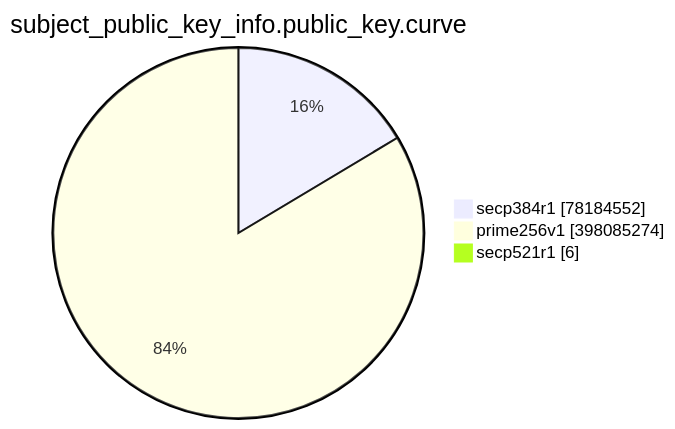
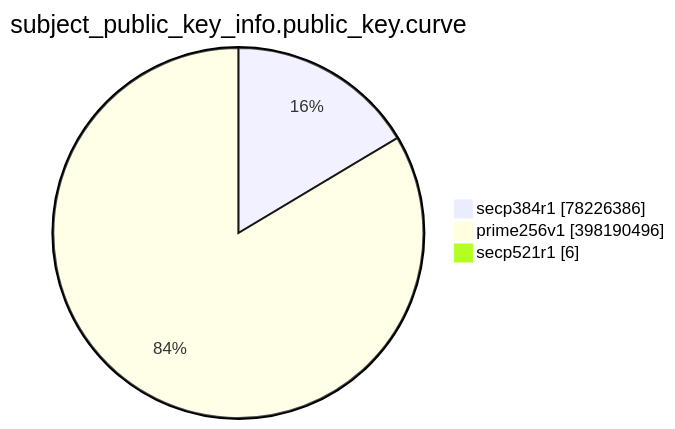
One commit to christiankrug/ctmonitor_visualization changed the eighth of 15 diagrams in TOTAL/README.md. Above: the diagram before and after it, drawn with Mermaid. The commit also changed other lines of this file, not shown here.

````diff
--- a/TOTAL/README.md
+++ b/TOTAL/README.md
@@ -3095,7 +3095,7 @@
 ```mermaid
 pie showData
 title subject_public_key_info.public_key.curve
-"secp384r1" :78184552
-"prime256v1" :398085274
+"secp384r1" :78226386
+"prime256v1" :398190496
 "secp521r1" :6
 ```
````
